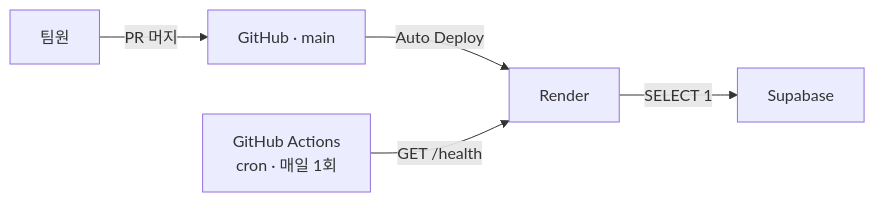
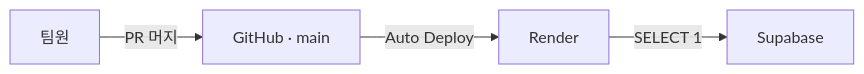
One commit to codyssey-ai/chatbot-api changed the diagram in docs/diagrams/02-pipeline.mmd. Above: the diagram before and after it, drawn with Mermaid. The commit also changed 4 other files, not shown here.

First line of the commit message:
docs: 사용하지 않는 GitHub Actions cron 참조 제거

```diff
--- a/docs/diagrams/02-pipeline.mmd
+++ b/docs/diagrams/02-pipeline.mmd
@@ -1,5 +1,4 @@
 flowchart LR
     Dev["팀원"] -->|"PR 머지"| GH["GitHub · main"]
     GH -->|"Auto Deploy"| R["Render"]
-    CR["GitHub Actions<br/>cron · 매일 1회"] -->|"GET /health"| R
     R -->|"SELECT 1"| S["Supabase"]
```
